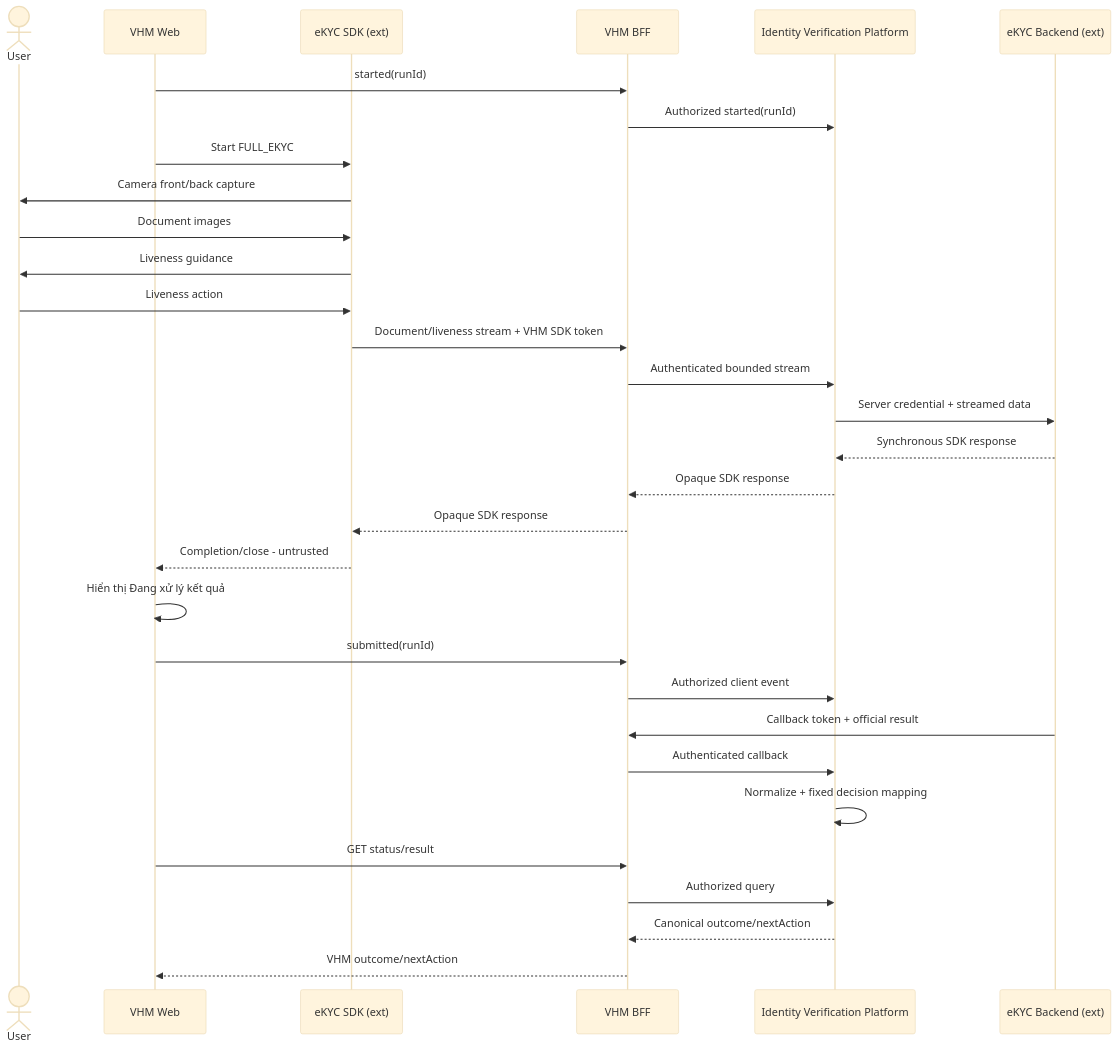
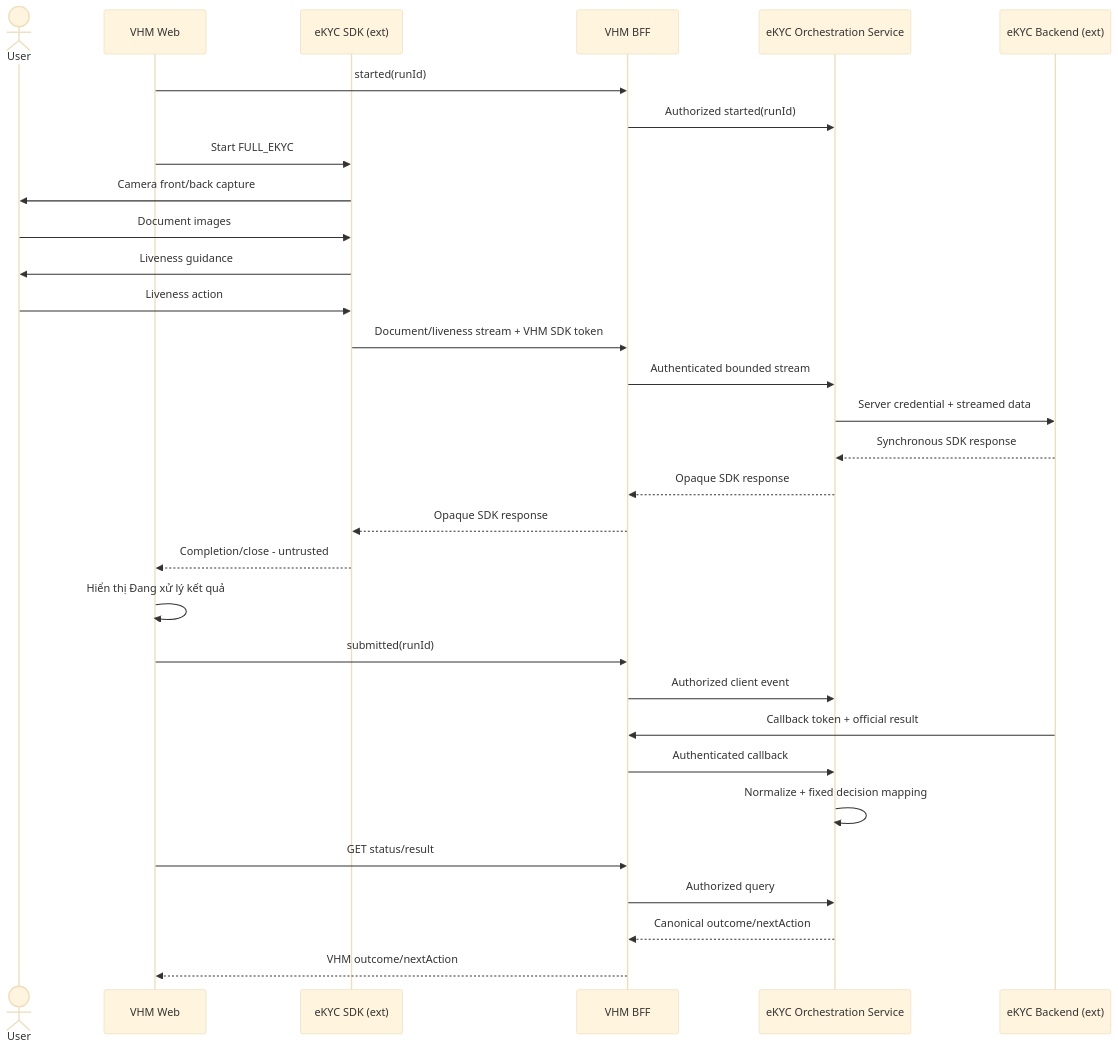
Before and after one commit to huynv-xyz/vhm: diagram 12 of 16 in README.md, drawn with Mermaid (base theme). The commit also changed other lines of this file, not shown here.

````diff
--- a/README.md
+++ b/README.md
@@ -1170,33 +1173,33 @@
 ```mermaid
 sequenceDiagram
     actor User
     participant WEB as VHM Web
     participant SDK as eKYC SDK (ext)
     participant BFF as VHM BFF
-    participant IV as Identity Verification Platform
+    participant Orchestrator as eKYC Orchestration Service
     participant BACKEND as eKYC Backend (ext)
     WEB->>BFF: started(runId)
-    BFF->>IV: Authorized started(runId)
+    BFF->>Orchestrator: Authorized started(runId)
     WEB->>SDK: Start FULL_EKYC
     SDK->>User: Camera front/back capture
     User->>SDK: Document images
     SDK->>User: Liveness guidance
     User->>SDK: Liveness action
     SDK->>BFF: Document/liveness stream + VHM SDK token
-    BFF->>IV: Authenticated bounded stream
-    IV->>BACKEND: Server credential + streamed data
-    BACKEND-->>IV: Synchronous SDK response
-    IV-->>BFF: Opaque SDK response
+    BFF->>Orchestrator: Authenticated bounded stream
+    Orchestrator->>BACKEND: Server credential + streamed data
+    BACKEND-->>Orchestrator: Synchronous SDK response
+    Orchestrator-->>BFF: Opaque SDK response
     BFF-->>SDK: Opaque SDK response
     SDK-->>WEB: Completion/close - untrusted
     WEB->>WEB: Hiển thị Đang xử lý kết quả
     WEB->>BFF: submitted(runId)
-    BFF->>IV: Authorized client event
+    BFF->>Orchestrator: Authorized client event
     BACKEND->>BFF: Callback token + official result
-    BFF->>IV: Authenticated callback
-    IV->>IV: Normalize + fixed decision mapping
+    BFF->>Orchestrator: Authenticated callback
+    Orchestrator->>Orchestrator: Normalize + fixed decision mapping
     WEB->>BFF: GET status/result
-    BFF->>IV: Authorized query
-    IV-->>BFF: Canonical outcome/nextAction
+    BFF->>Orchestrator: Authorized query
+    Orchestrator-->>BFF: Canonical outcome/nextAction
     BFF-->>WEB: VHM outcome/nextAction
 ```
````
